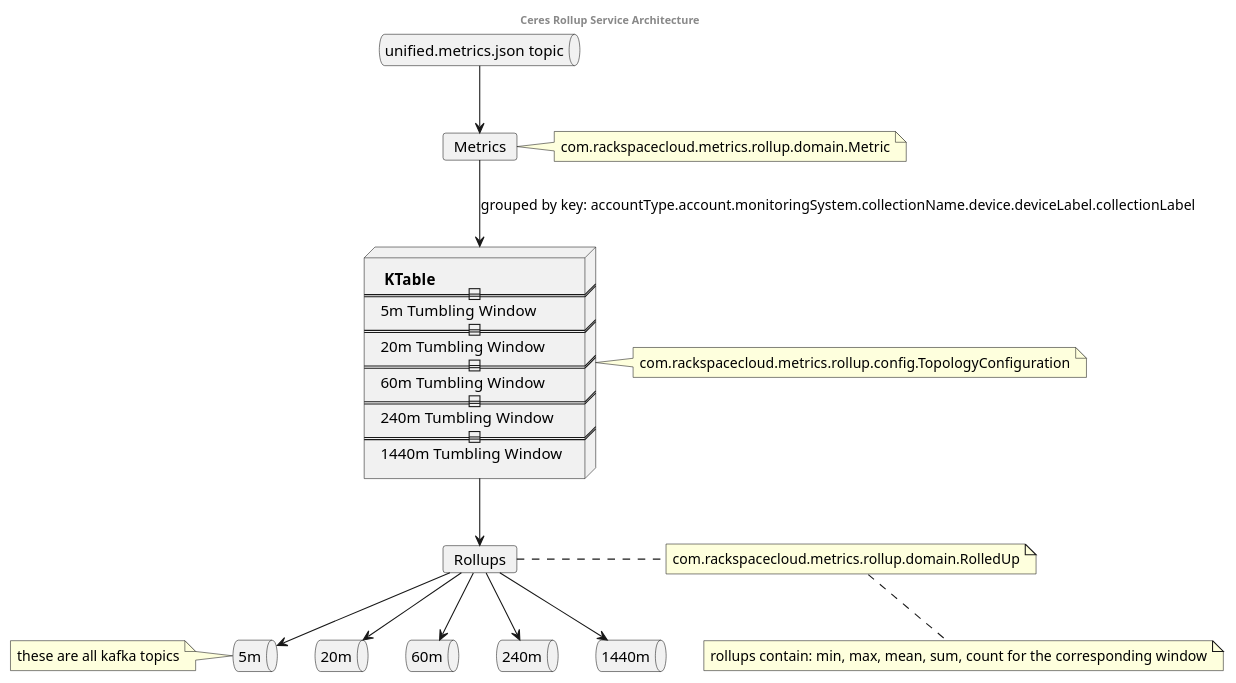
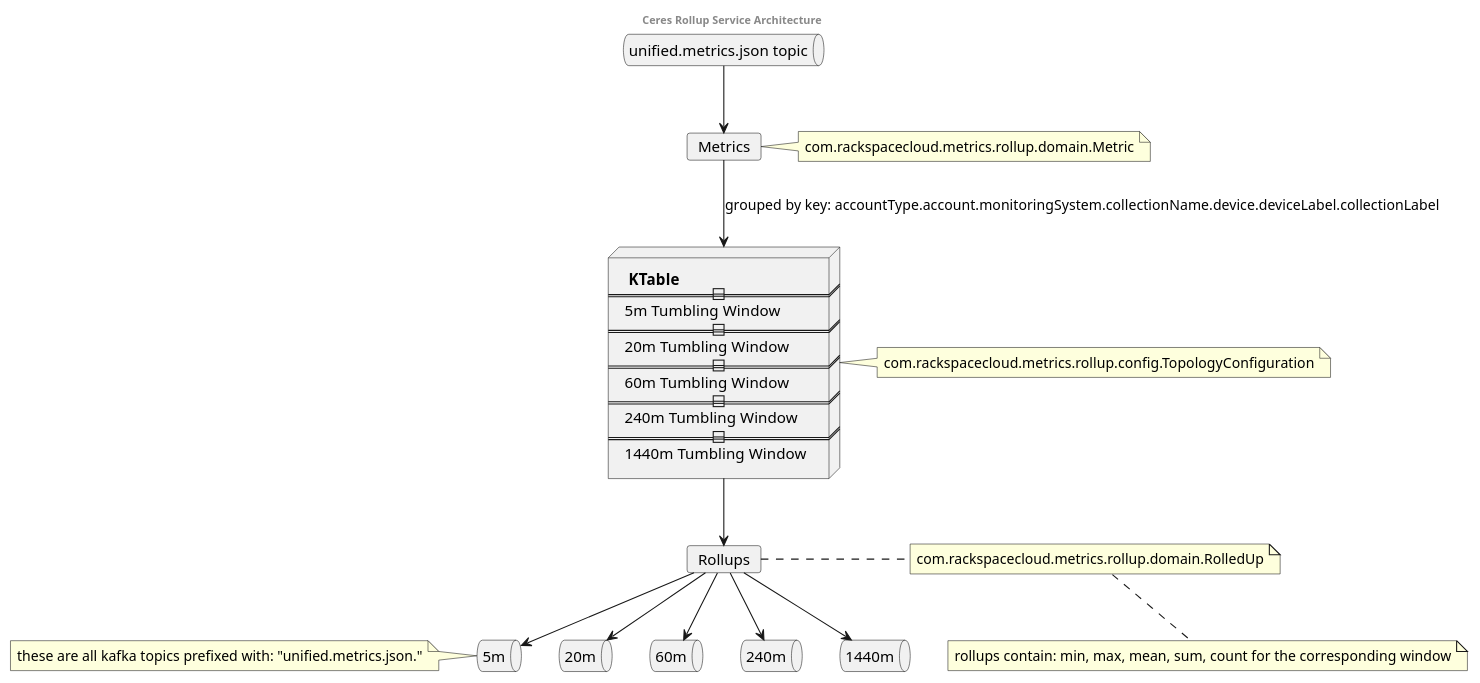
Before and after one commit to rax-maas/ceres-rollup-service: the diagram in docs/arch.plantuml, drawn with PlantUML.

```diff
--- a/docs/arch.plantuml
+++ b/docs/arch.plantuml
@@ -1,38 +1,38 @@
 @startuml
 center header <b>Ceres Rollup Service Architecture
 queue "unified.metrics.json topic" as input
 card Metrics
 note right: com.rackspacecloud.metrics.rollup.domain.Metric
 node KTable [
 <b> KTable
 ==========
 5m Tumbling Window
 ==========
 20m Tumbling Window
 ==========
 60m Tumbling Window
 ==========
 240m Tumbling Window
 ==========
 1440m Tumbling Window
 ] 
 note right: com.rackspacecloud.metrics.rollup.config.TopologyConfiguration
 card Rollups
 note right: com.rackspacecloud.metrics.rollup.domain.RolledUp
 note bottom: rollups contain: min, max, mean, sum, count for the corresponding window
 queue 5m
-note left: these are all kafka topics
+note left: these are all kafka topics prefixed with: "unified.metrics.json."
 queue 20m
 queue 60m
 queue 240m
 queue 1440m
 
 input --> Metrics
 Metrics --> KTable : grouped by key:  accountType.account.monitoringSystem.collectionName.device.deviceLabel.collectionLabel
 KTable --> Rollups
 Rollups --> 5m
 Rollups --> 20m
 Rollups --> 60m
 Rollups --> 240m
 Rollups --> 1440m
 @enduml
```
